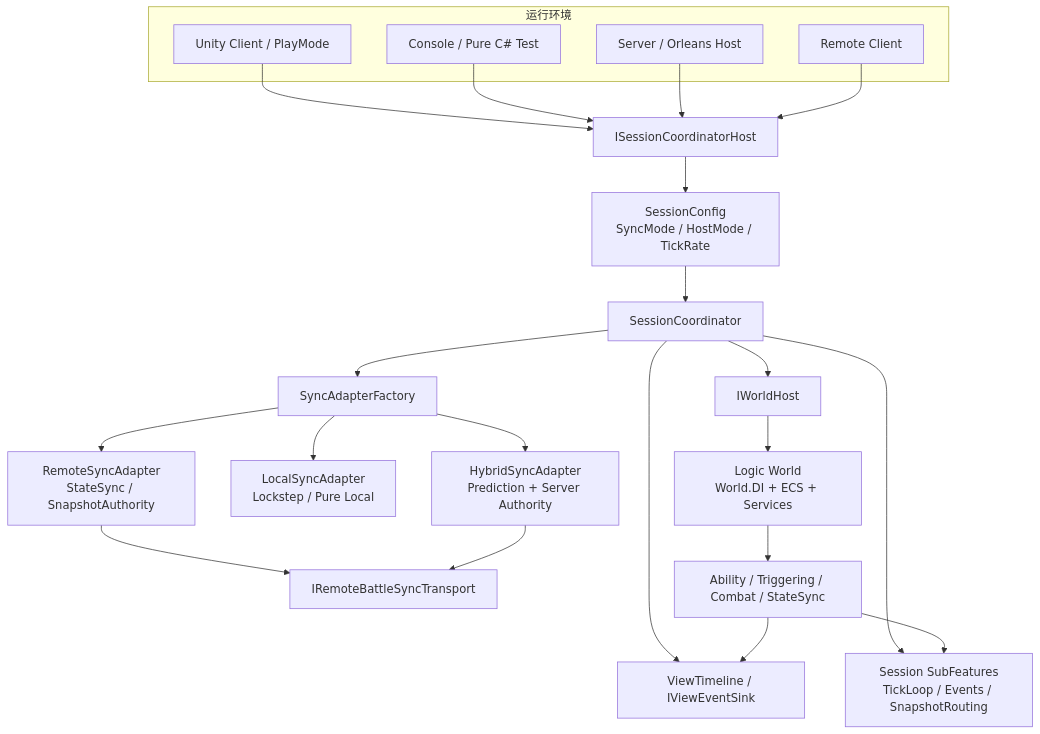
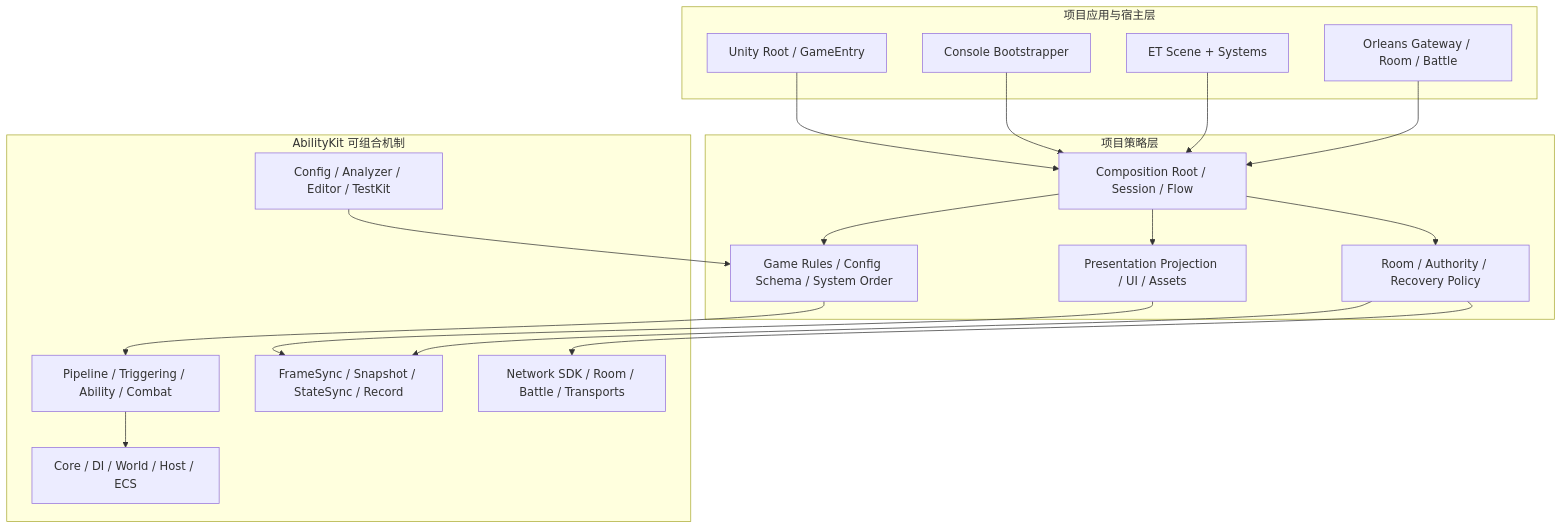
Before and after one commit to HOBOBO/AbilityKit: the first of 6 diagrams in README.md, drawn with Mermaid. The commit also changed other lines of this file and 525 other files, not shown here.

````diff
--- a/README.md
+++ b/README.md
@@ -178,33 +137,38 @@
 ```mermaid
-flowchart TD
-    subgraph Env[运行环境]
-        Unity["Unity Client / PlayMode"]
-        Console["Console / Pure C# Test"]
-        Server["Server / Orleans Host"]
-        Remote["Remote Client"]
+flowchart TB
+    subgraph Hosts[项目应用与宿主层]
+        Unity["Unity Root / GameEntry"]
+        Console["Console Bootstrapper"]
+        ET["ET Scene + Systems"]
+        Orleans["Orleans Gateway / Room / Battle"]
     end
 
-    Unity --> Host["ISessionCoordinatorHost"]
-    Console --> Host
-    Server --> Host
-    Remote --> Host
-    Host --> Config["SessionConfig<br/>SyncMode / HostMode / TickRate"]
-    Config --> Coordinator["SessionCoordinator"]
+    subgraph Project[项目策略层]
+        Composition["Composition Root / Session / Flow"]
+        Rules["Game Rules / Config Schema / System Order"]
+        Projection["Presentation Projection / UI / Assets"]
+        NetPolicy["Room / Authority / Recovery Policy"]
+    end
 
-    Coordinator --> WorldHost["IWorldHost"]
-    WorldHost --> World["Logic World<br/>World.DI + ECS + Services"]
+    subgraph Toolkit[AbilityKit 可组合机制]
+        Gameplay["Pipeline / Triggering / Ability / Combat"]
+        Runtime["Core / DI / World / Host / ECS"]
+        Sync["FrameSync / Snapshot / StateSync / Record"]
+        Network["Network SDK / Room / Battle / Transports"]
+        Tooling["Config / Analyzer / Editor / TestKit"]
+    end
 
-    Coordinator --> AdapterFactory["SyncAdapterFactory"]
-    AdapterFactory --> Local["LocalSyncAdapter<br/>Lockstep / Pure Local"]
-    AdapterFactory --> RemoteAdapter["RemoteSyncAdapter<br/>StateSync / SnapshotAuthority"]
-    AdapterFactory --> Hybrid["HybridSyncAdapter<br/>Prediction + Server Authority"]
-
-    Coordinator --> SubFeatures["Session SubFeatures<br/>TickLoop / Events / SnapshotRouting"]
-    Coordinator --> ViewTimeline["ViewTimeline / IViewEventSink"]
-    RemoteAdapter --> Transport["IRemoteBattleSyncTransport"]
-    Hybrid --> Transport
-
-    World --> Battle["Ability / Triggering / Combat / StateSync"]
-    Battle --> ViewTimeline
-    Battle --> SubFeatures
+    Unity --> Composition
+    Console --> Composition
+    ET --> Composition
+    Orleans --> Composition
+    Composition --> Rules
+    Composition --> Projection
+    Composition --> NetPolicy
+    Rules --> Gameplay
+    Gameplay --> Runtime
+    NetPolicy --> Sync
+    NetPolicy --> Network
+    Projection --> Sync
+    Tooling --> Rules
 ```
````
